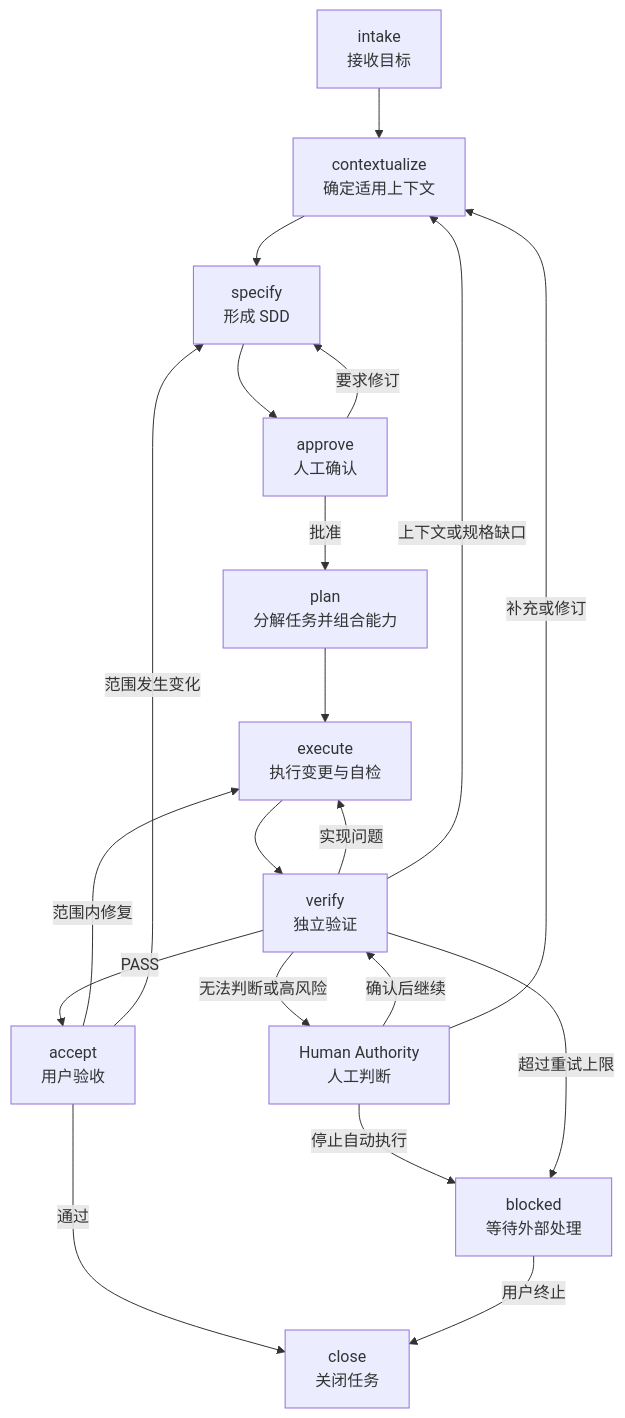
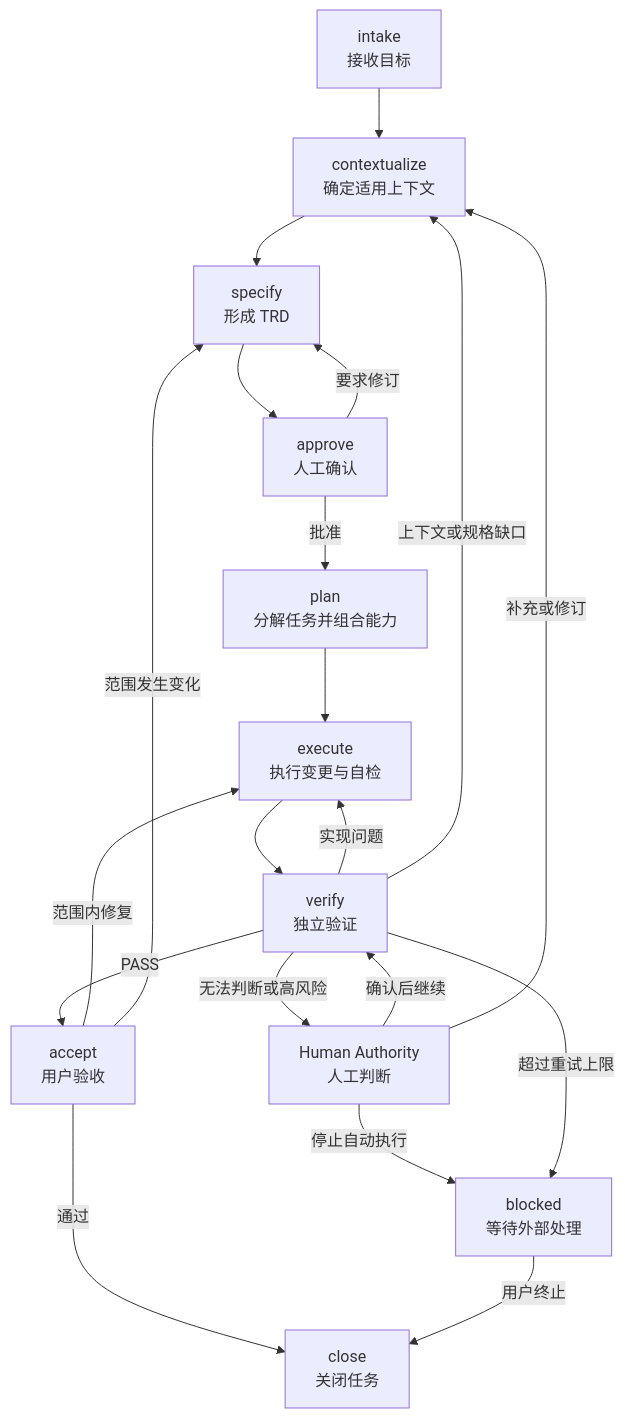
One commit to jerrywang33/emi-harness changed the second of 3 diagrams in README.md. Above: the diagram before and after it, drawn with Mermaid. The commit also changed other lines of this file and 1 other file, not shown here.

First line of the commit message:
docs: define PRD and TRD terminology

````diff
--- a/README.md
+++ b/README.md
@@ -126,22 +137,22 @@
 ```mermaid
 flowchart TD
     intake["intake<br/>接收目标"] --> contextualize["contextualize<br/>确定适用上下文"]
-    contextualize --> specify["specify<br/>形成 SDD"]
+    contextualize --> specify["specify<br/>形成 TRD"]
     specify --> approve["approve<br/>人工确认"]
     approve -->|批准| plan["plan<br/>分解任务并组合能力"]
     approve -->|要求修订| specify
     plan --> execute["execute<br/>执行变更与自检"]
     execute --> verify["verify<br/>独立验证"]
     verify -->|实现问题| execute
     verify -->|上下文或规格缺口| contextualize
     verify -->|无法判断或高风险| human["Human Authority<br/>人工判断"]
     human -->|确认后继续| verify
     human -->|补充或修订| contextualize
     human -->|停止自动执行| blocked["blocked<br/>等待外部处理"]
     verify -->|超过重试上限| blocked
     verify -->|PASS| accept["accept<br/>用户验收"]
     accept -->|通过| close["close<br/>关闭任务"]
     accept -->|范围内修复| execute
     accept -->|范围发生变化| specify
     blocked -->|用户终止| close
 ```
````
